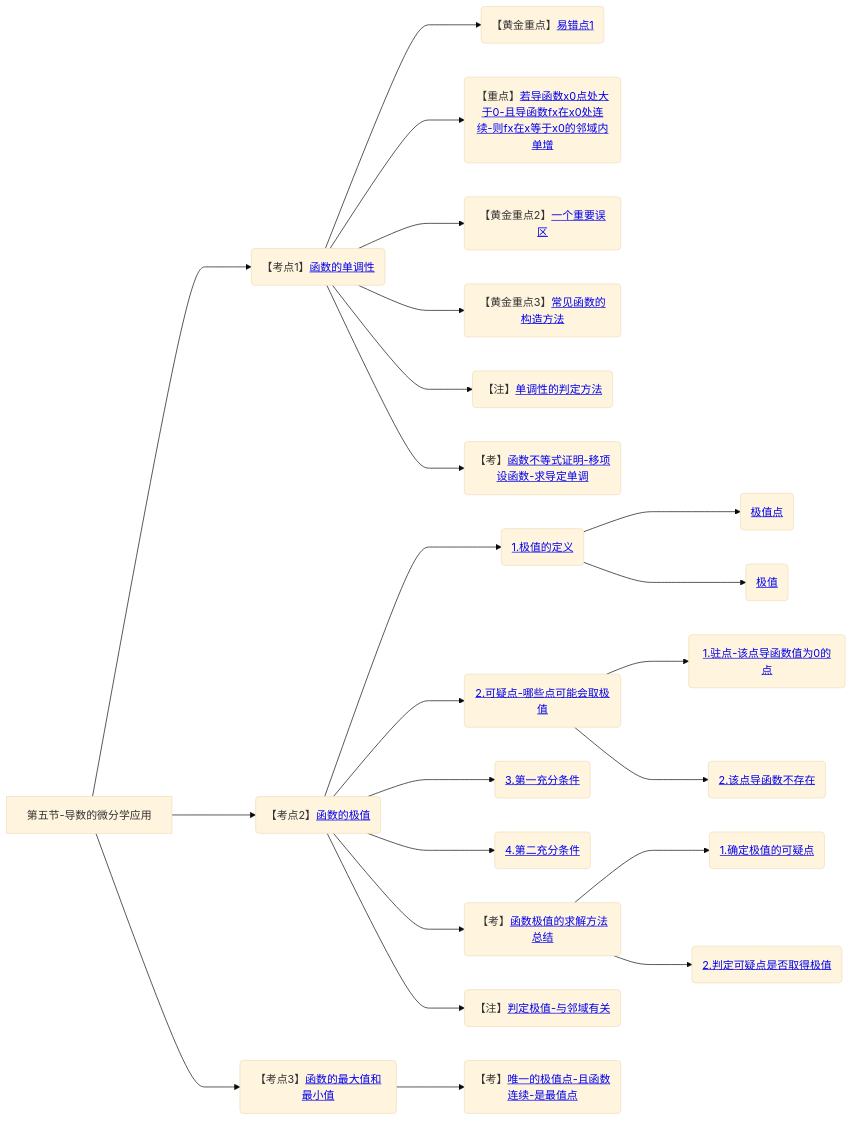
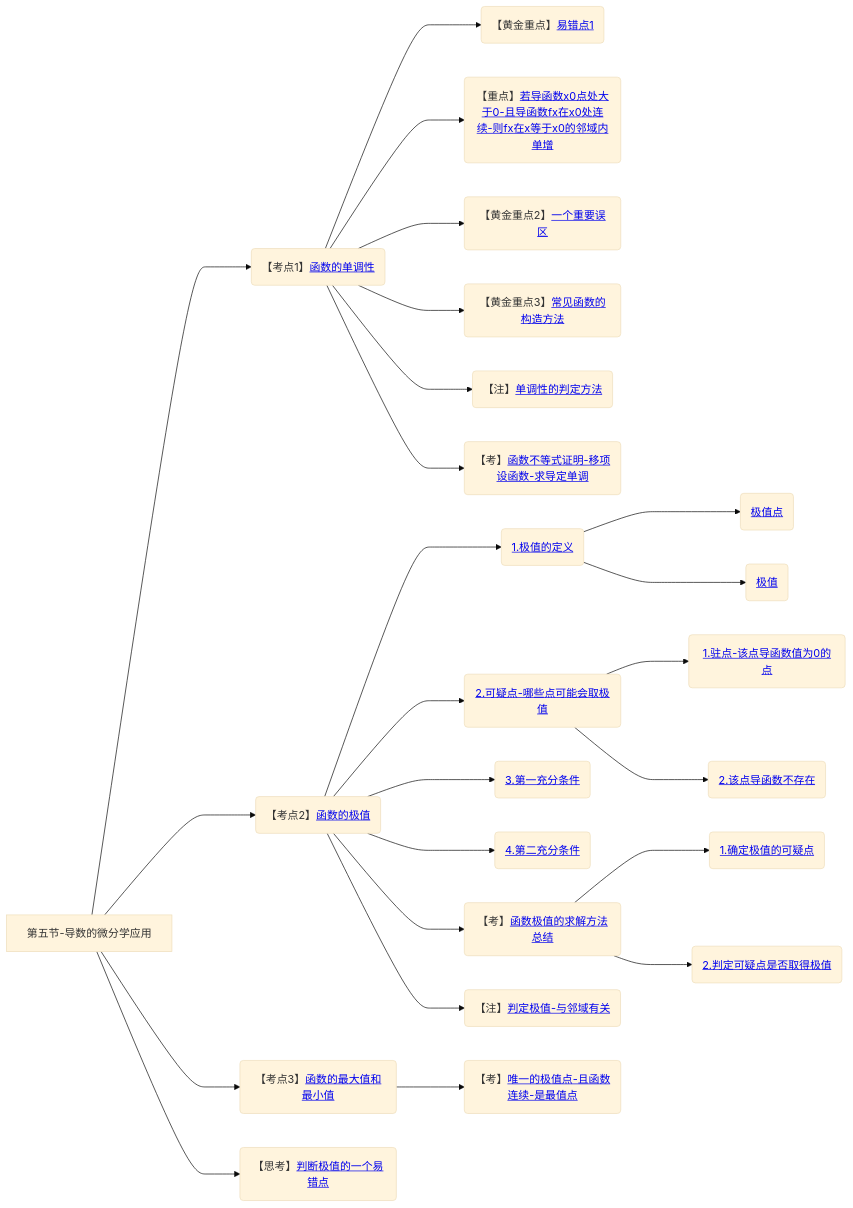
Before and after one commit to yuebinghui/note: diagram 15 of 15 in 笔记/数学/周洋鑫/01.基础班思维导图.md, drawn with Mermaid (base theme). The commit also changed 4 other files, not shown here.

````diff
--- a/笔记/数学/周洋鑫/01.基础班思维导图.md
+++ b/笔记/数学/周洋鑫/01.基础班思维导图.md
@@ -530,29 +530,31 @@
 ```mermaid
 graph LR
 第五节-导数的微分学应用
 
 第五节-导数的微分学应用--->函数的单调性(【考点1】<a href="/Users/yuebinghui/Documents/program/github/note/笔记/数学/周洋鑫/基础班/15.导数的微分学应用_1.md#函数的单调性">函数的单调性</>)
 函数的单调性--->易错点1(【黄金重点】<a href="/Users/yuebinghui/Documents/program/github/note/笔记/数学/周洋鑫/基础班/15.导数的微分学应用_1.md#易错点1">易错点1</>)
 函数的单调性--->若导函数x0点处大于0-且导函数fx在x0处连续-则fx在x等于x0的邻域内单增(【重点】<a href="/Users/yuebinghui/Documents/program/github/note/笔记/数学/周洋鑫/基础班/15.导数的微分学应用_1.md#若导函数x0点处大于0-且导函数fx在x0处连续-则fx在x等于x0的邻域内单增">若导函数x0点处大于0-且导函数fx在x0处连续-则fx在x等于x0的邻域内单增</>)
 函数的单调性--->一个重要误区(【黄金重点2】<a href="/Users/yuebinghui/Documents/program/github/note/笔记/数学/周洋鑫/基础班/15.导数的微分学应用_1.md#一个重要误区">一个重要误区</>)
 函数的单调性--->常见函数的构造方法(【黄金重点3】<a href="/Users/yuebinghui/Documents/program/github/note/笔记/数学/周洋鑫/基础班/15.导数的微分学应用_1.md#常见函数的构造方法">常见函数的构造方法</>)
 函数的单调性--->单调性的判定方法(【注】<a href="/Users/yuebinghui/Documents/program/github/note/笔记/数学/周洋鑫/基础班/15.导数的微分学应用_1.md#单调性的判定方法">单调性的判定方法</>)
 函数的单调性--->函数不等式证明-移项设函数-求导定单调(【考】<a href="/Users/yuebinghui/Documents/program/github/note/笔记/数学/周洋鑫/基础班/15.导数的微分学应用_1.md#函数不等式证明-移项设函数-求导定单调">函数不等式证明-移项设函数-求导定单调</>)
 
 第五节-导数的微分学应用--->函数的极值(【考点2】<a href="/Users/yuebinghui/Documents/program/github/note/笔记/数学/周洋鑫/基础班/16.导数的微分学应用_2.md#函数的极值">函数的极值</>)
 函数的极值--->1.极值的定义(<a href="/Users/yuebinghui/Documents/program/github/note/笔记/数学/周洋鑫/基础班/16.导数的微分学应用_2.md#1.极值的定义">1.极值的定义</>)
 1.极值的定义--->极值点(<a href="/Users/yuebinghui/Documents/program/github/note/笔记/数学/周洋鑫/基础班/16.导数的微分学应用_2.md#极值点">极值点</>)
 1.极值的定义--->极值(<a href="/Users/yuebinghui/Documents/program/github/note/笔记/数学/周洋鑫/基础班/16.导数的微分学应用_2.md#极值">极值</>)
 函数的极值--->2.可疑点-哪些点可能会取极值(<a href="/Users/yuebinghui/Documents/program/github/note/笔记/数学/周洋鑫/基础班/16.导数的微分学应用_2.md#2.可疑点-哪些点可能会取极值">2.可疑点-哪些点可能会取极值</>)
 2.可疑点-哪些点可能会取极值--->1.驻点-该点导函数值为0的点(<a href="/Users/yuebinghui/Documents/program/github/note/笔记/数学/周洋鑫/基础班/16.导数的微分学应用_2.md#1.驻点-该点导函数值为0的点">1.驻点-该点导函数值为0的点</>)
 2.可疑点-哪些点可能会取极值--->2.该点导函数不存在(<a href="/Users/yuebinghui/Documents/program/github/note/笔记/数学/周洋鑫/基础班/16.导数的微分学应用_2.md#2.该点导函数不存在">2.该点导函数不存在</>)
 函数的极值--->3.第一充分条件(<a href="/Users/yuebinghui/Documents/program/github/note/笔记/数学/周洋鑫/基础班/16.导数的微分学应用_2.md#3.第一充分条件">3.第一充分条件</>)
 函数的极值--->4.第二充分条件(<a href="/Users/yuebinghui/Documents/program/github/note/笔记/数学/周洋鑫/基础班/16.导数的微分学应用_2.md#4.第二充分条件">4.第二充分条件</>)
 函数的极值--->函数极值的求解方法总结(【考】<a href="/Users/yuebinghui/Documents/program/github/note/笔记/数学/周洋鑫/基础班/16.导数的微分学应用_2.md#函数极值的求解方法总结">函数极值的求解方法总结</>)
 函数极值的求解方法总结--->1.确定极值的可疑点(<a href="/Users/yuebinghui/Documents/program/github/note/笔记/数学/周洋鑫/基础班/16.导数的微分学应用_2.md#1.确定极值的可疑点">1.确定极值的可疑点</>)
 函数极值的求解方法总结--->2.判定可疑点是否取得极值(<a href="/Users/yuebinghui/Documents/program/github/note/笔记/数学/周洋鑫/基础班/16.导数的微分学应用_2.md#2.判定可疑点是否取得极值">2.判定可疑点是否取得极值</>)
 函数的极值--->判定极值-与邻域有关(【注】<a href="/Users/yuebinghui/Documents/program/github/note/笔记/数学/周洋鑫/基础班/16.导数的微分学应用_2.md#判定极值-与邻域有关">判定极值-与邻域有关</>)
 
 第五节-导数的微分学应用--->函数的最大值和最小值(【考点3】<a href="/Users/yuebinghui/Documents/program/github/note/笔记/数学/周洋鑫/基础班/16.导数的微分学应用_2.md#函数的最大值和最小值">函数的最大值和最小值</>)
 函数的最大值和最小值--->唯一的极值点-且函数连续-是最值点(【考】<a href="/Users/yuebinghui/Documents/program/github/note/笔记/数学/周洋鑫/基础班/16.导数的微分学应用_2.md#唯一的极值点-且函数连续-是最值点">唯一的极值点-且函数连续-是最值点</>)
+
+第五节-导数的微分学应用--->一个易错点(【思考】<a href="/Users/yuebinghui/Documents/program/github/note/笔记/数学/周洋鑫/基础班/17.导数的微分学应用_3.md#一个易错点">判断极值的一个易错点</>)
 ```
````
